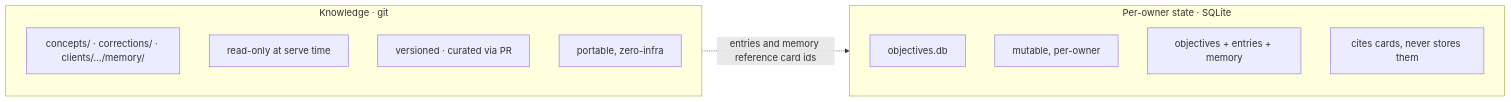
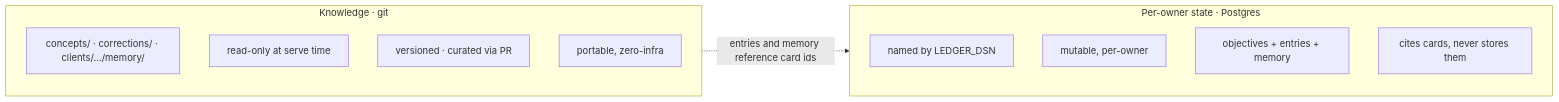
Before and after one commit to voyagerforge-dev/hive-intelligence: the eighth of 9 diagrams in docs/concepts/pipeline.md, drawn with Mermaid. The commit also changed other lines of this file and 62 other files, not shown here.

````diff
--- a/docs/concepts/pipeline.md
+++ b/docs/concepts/pipeline.md
@@ -565,18 +568,18 @@
 ```mermaid
 flowchart LR
     subgraph K["Knowledge · git"]
         direction TB
         k1["concepts/ · corrections/ · clients/…/memory/"]
         k2["read-only at serve time"]
         k3["versioned · curated via PR"]
         k4["portable, zero-infra"]
     end
-    subgraph W["Per-owner state · SQLite"]
+    subgraph W["Per-owner state · Postgres"]
         direction TB
-        w1["objectives.db"]
+        w1["named by LEDGER_DSN"]
         w2["mutable, per-owner"]
         w3["objectives + entries + memory"]
         w4["cites cards, never stores them"]
     end
     K -. "entries and memory reference card ids" .-> W
 ```
````
